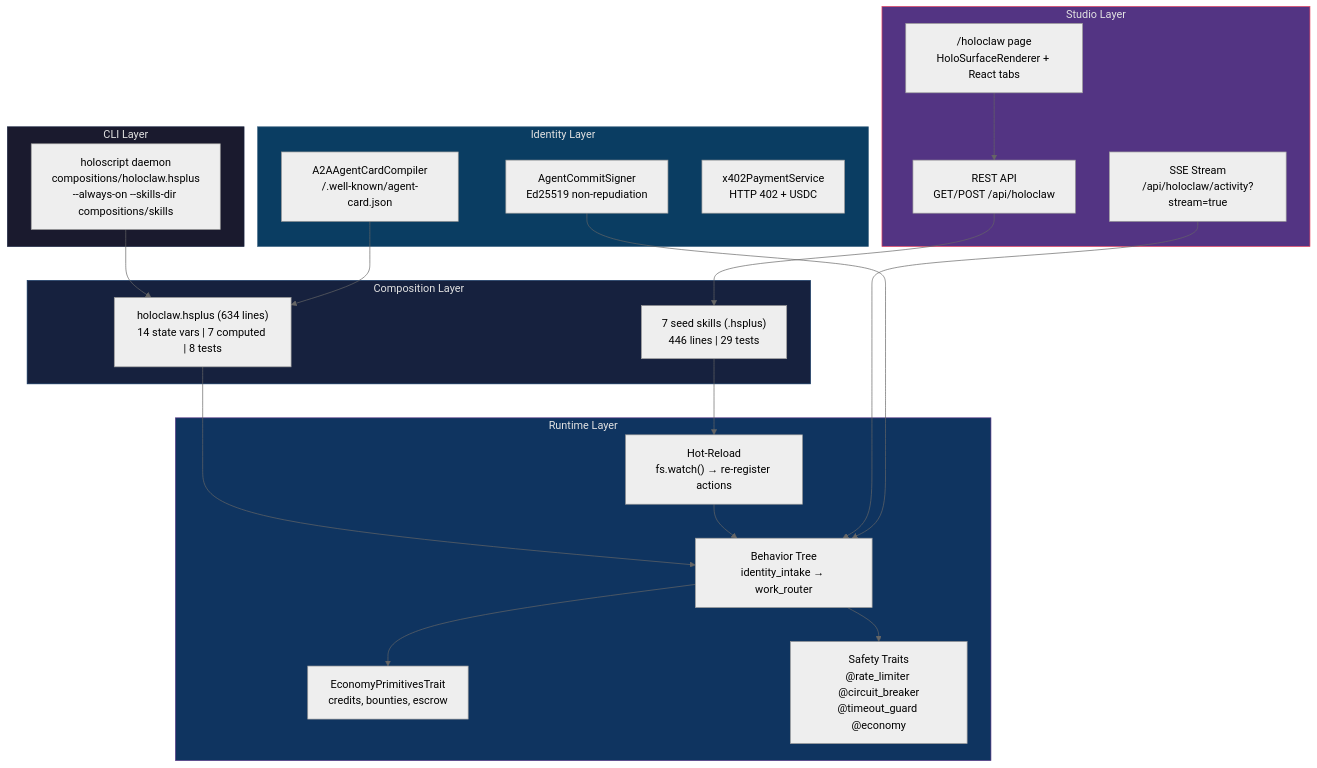
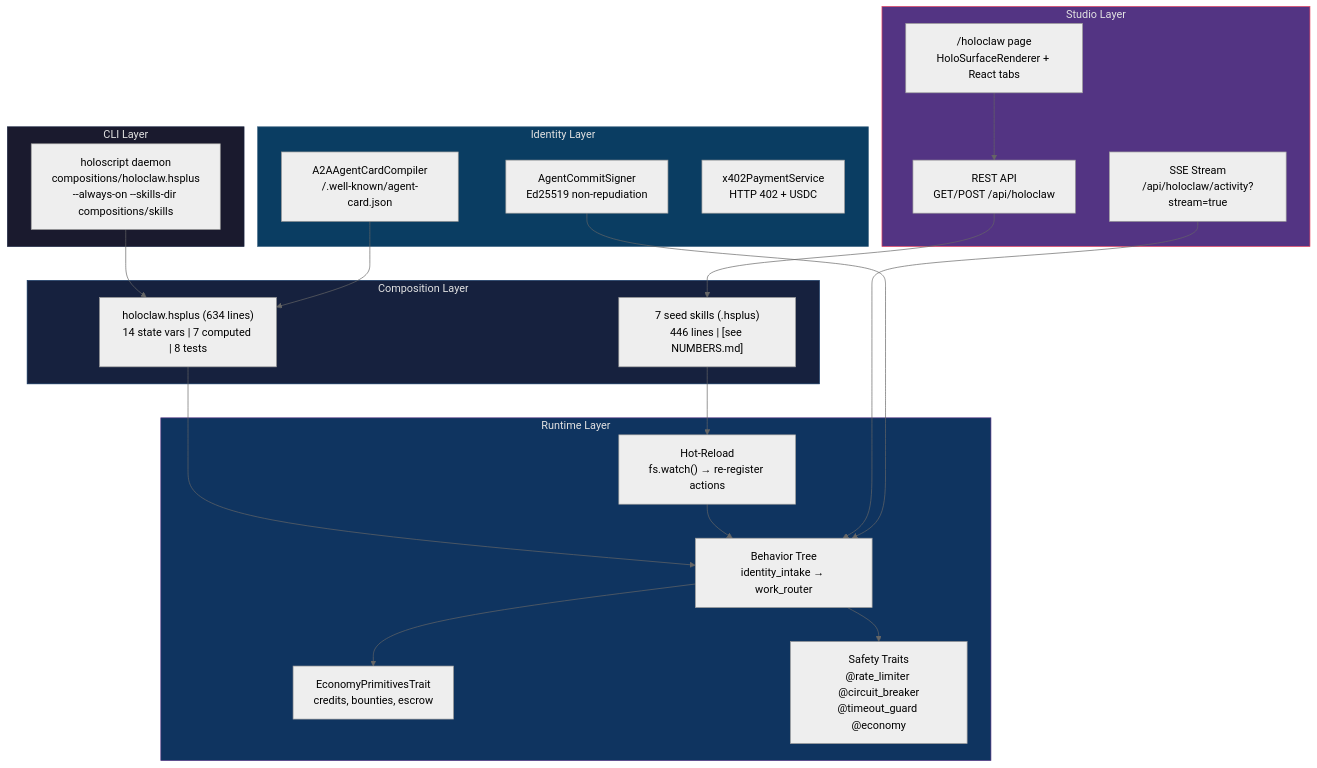
Before and after one commit to brianonbased-dev/HoloScript: the diagram in docs/holoclaw.md, drawn with Mermaid (neutral theme). The commit also changed 29 other files, not shown here.

````diff
--- a/docs/holoclaw.md
+++ b/docs/holoclaw.md
@@ -9,48 +9,48 @@
 ```mermaid
 flowchart TB
     subgraph CLI["CLI Layer"]
         CMD["holoscript daemon<br/>compositions/holoclaw.hsplus<br/>--always-on --skills-dir compositions/skills"]
     end
 
     subgraph COMP["Composition Layer"]
         HC["holoclaw.hsplus (634 lines)<br/>14 state vars | 7 computed | 8 tests"]
-        SKILLS["7 seed skills (.hsplus)<br/>446 lines | 29 tests"]
+        SKILLS["7 seed skills (.hsplus)<br/>446 lines | [see NUMBERS.md] "]
     end
 
     subgraph RUNTIME["Runtime Layer"]
         BT["Behavior Tree<br/>identity_intake → work_router"]
         HOTLOAD["Hot-Reload<br/>fs.watch() → re-register actions"]
         ECON["EconomyPrimitivesTrait<br/>credits, bounties, escrow"]
         SAFETY["Safety Traits<br/>@rate_limiter @circuit_breaker<br/>@timeout_guard @economy"]
     end
 
     subgraph STUDIO["Studio Layer"]
         PAGE["/holoclaw page<br/>HoloSurfaceRenderer + React tabs"]
         API["REST API<br/>GET/POST /api/holoclaw"]
         SSE["SSE Stream<br/>/api/holoclaw/activity?stream=true"]
     end
 
     subgraph IDENTITY["Identity Layer"]
         SIGN["AgentCommitSigner<br/>Ed25519 non-repudiation"]
         A2A["A2AAgentCardCompiler<br/>/.well-known/agent-card.json"]
         X402["x402PaymentService<br/>HTTP 402 + USDC"]
     end
 
     CMD --> HC
     HC --> BT
     SKILLS --> HOTLOAD
     HOTLOAD --> BT
     BT --> ECON
     BT --> SAFETY
     PAGE --> API
     API --> SKILLS
     SSE --> BT
     SIGN --> BT
     A2A --> HC
 
     style CLI fill:#1a1a2e,stroke:#16213e,color:#e2e2e2
     style COMP fill:#16213e,stroke:#0f3460,color:#e2e2e2
     style RUNTIME fill:#0f3460,stroke:#533483,color:#e2e2e2
     style STUDIO fill:#533483,stroke:#e94560,color:#e2e2e2
     style IDENTITY fill:#0a3d62,stroke:#3c6382,color:#e2e2e2
 ```
````
